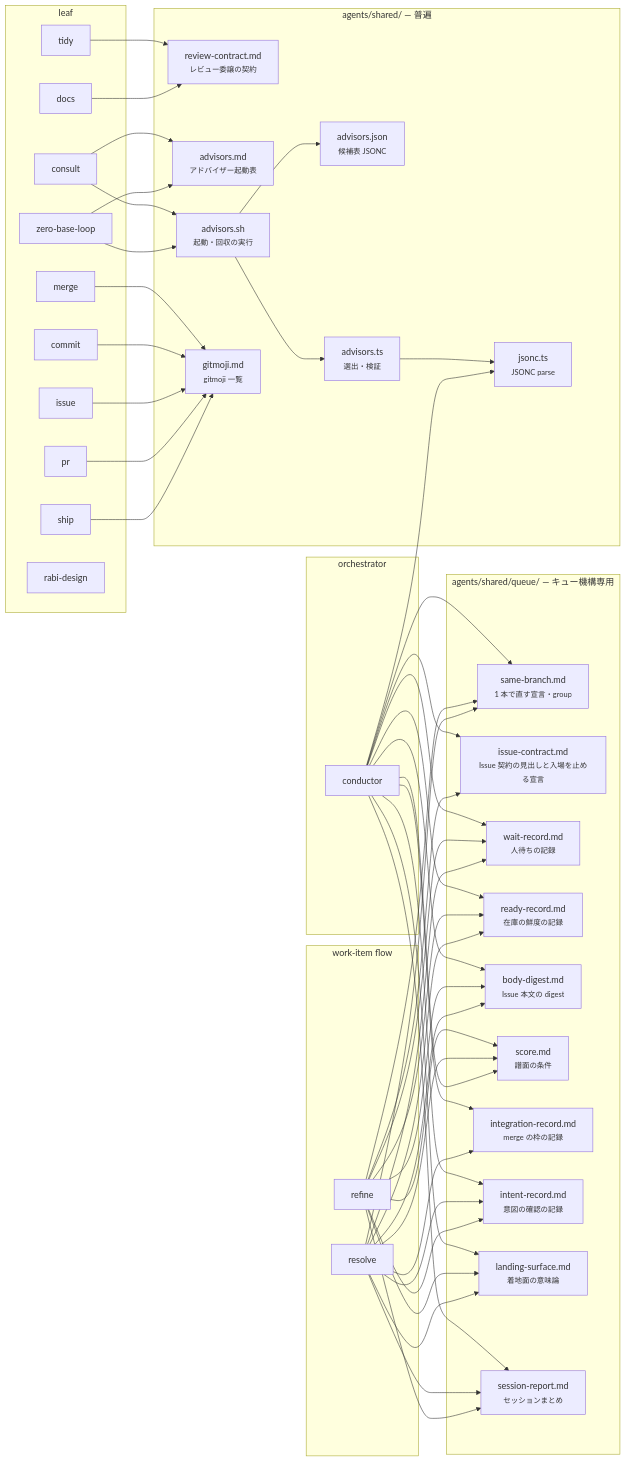
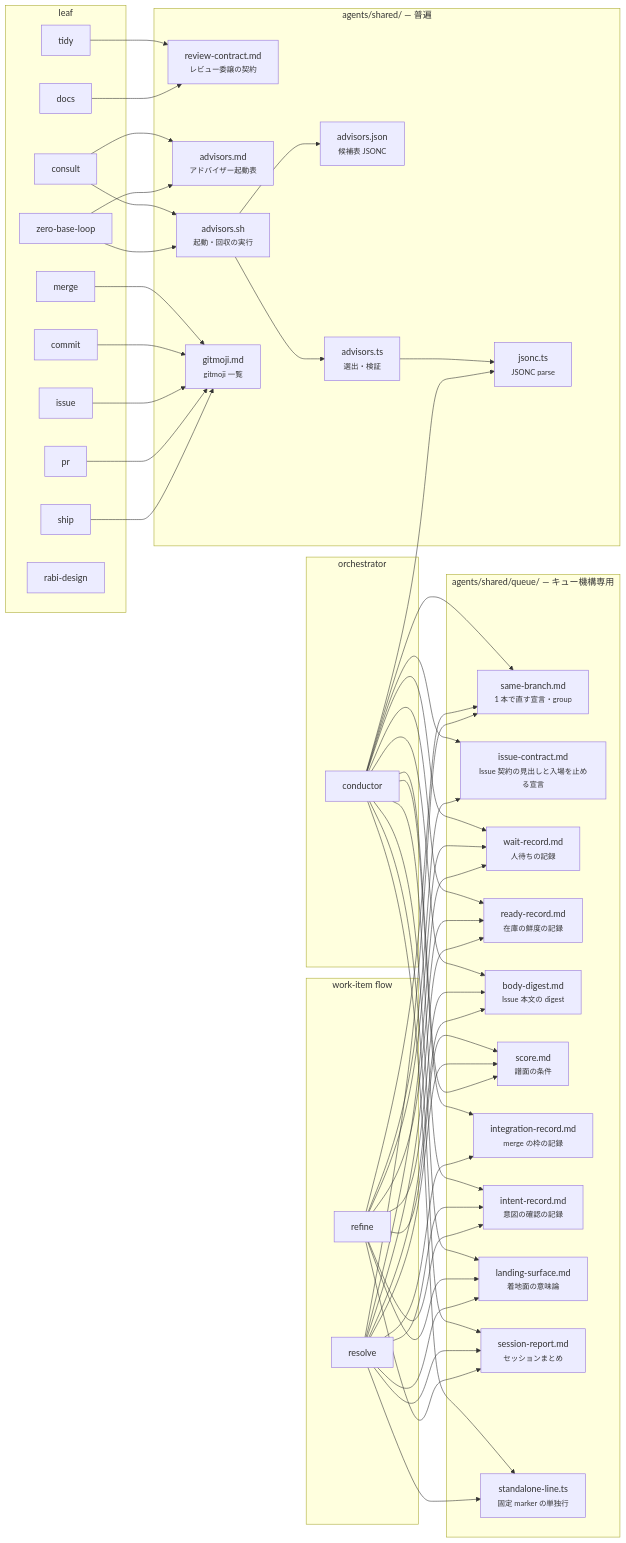
The second of 2 diagrams in agents/docs/structure.md (usagizmo/agentfiles), drawn with Mermaid before and after one commit. The commit also changed other lines of this file and 19 other files, not shown here.

```diff
--- a/agents/docs/structure.md
+++ b/agents/docs/structure.md
@@ -112,6 +112,7 @@
         IT["intent-record.md<br/><small>意図の確認の記録</small>"]
         LS["landing-surface.md<br/><small>着地面の意味論</small>"]
         SR["session-report.md<br/><small>セッションまとめ</small>"]
+        SL["standalone-line.ts<br/><small>固定 marker の単独行</small>"]
     end
 
     RF --> AF
@@ -143,6 +144,8 @@
     CO --> SR
     RS --> SR
     RF --> SR
+    CO --> SL
+    RS --> SL
     CS --> AD
     CS --> AS
     ZB --> AD
```
